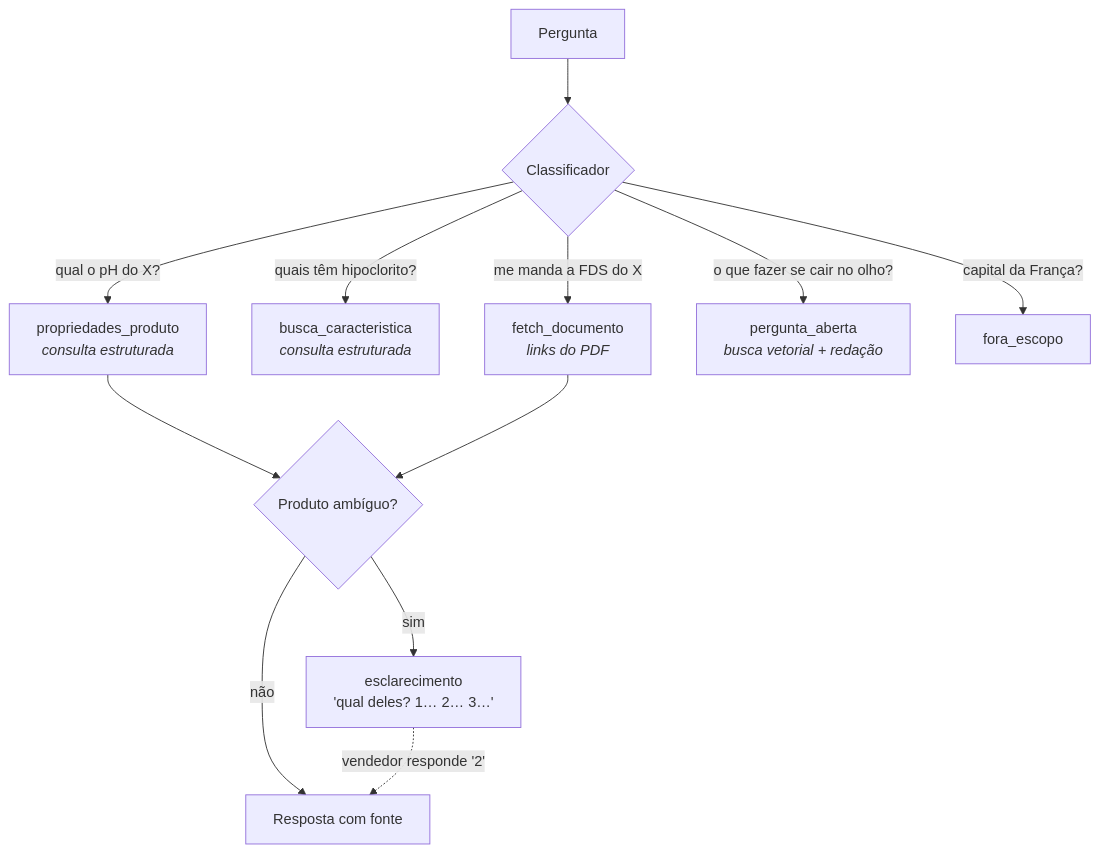
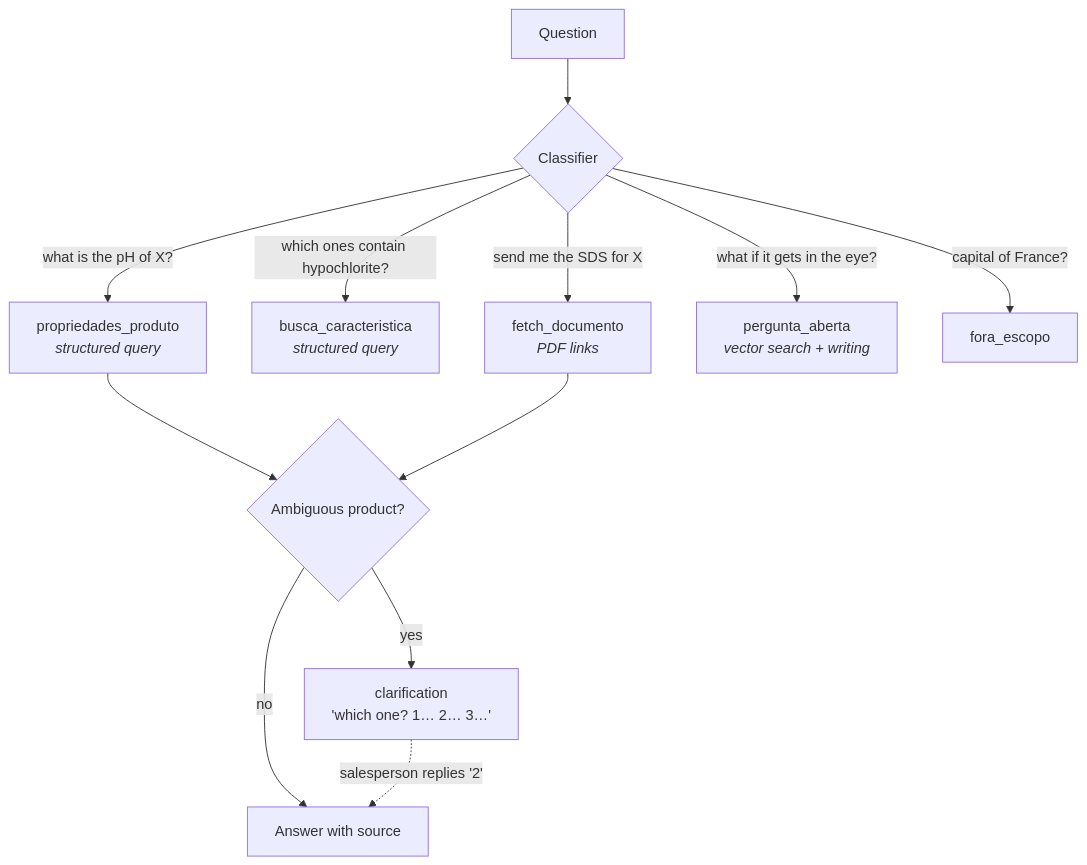
One commit to Renan-Maciel-Santos/bot-fichas-tecnicas changed the second of 3 diagrams in README.md. Above: the diagram before and after it, drawn with Mermaid. The commit also changed other lines of this file, not shown here.

````diff
--- a/README.md
+++ b/README.md
@@ -90,13 +101,13 @@
 ```mermaid
 flowchart TD
-    P[Pergunta] --> C{Classificador}
-    C -- "qual o pH do X?" --> PP[propriedades_produto<br/><i>consulta estruturada</i>]
-    C -- "quais têm hipoclorito?" --> BC[busca_caracteristica<br/><i>consulta estruturada</i>]
-    C -- "me manda a FDS do X" --> FD[fetch_documento<br/><i>links do PDF</i>]
-    C -- "o que fazer se cair no olho?" --> PA[pergunta_aberta<br/><i>busca vetorial + redação</i>]
-    C -- "capital da França?" --> FE[fora_escopo]
-    PP & FD --> R{Produto ambíguo?}
-    R -- sim --> ES["esclarecimento<br/>'qual deles? 1… 2… 3…'"]
-    R -- não --> OK[Resposta com fonte]
-    ES -. "vendedor responde '2'" .-> OK
+    P[Question] --> C{Classifier}
+    C -- "what is the pH of X?" --> PP[propriedades_produto<br/><i>structured query</i>]
+    C -- "which ones contain hypochlorite?" --> BC[busca_caracteristica<br/><i>structured query</i>]
+    C -- "send me the SDS for X" --> FD[fetch_documento<br/><i>PDF links</i>]
+    C -- "what if it gets in the eye?" --> PA[pergunta_aberta<br/><i>vector search + writing</i>]
+    C -- "capital of France?" --> FE[fora_escopo]
+    PP & FD --> R{Ambiguous product?}
+    R -- yes --> ES["clarification<br/>'which one? 1… 2… 3…'"]
+    R -- no --> OK[Answer with source]
+    ES -. "salesperson replies '2'" .-> OK
 ```
````
